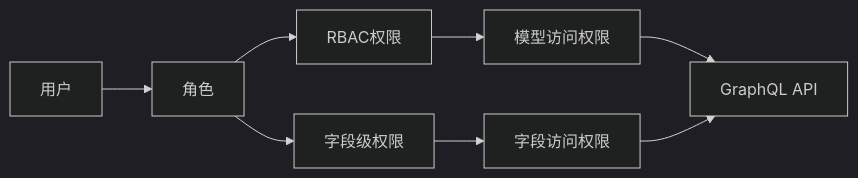
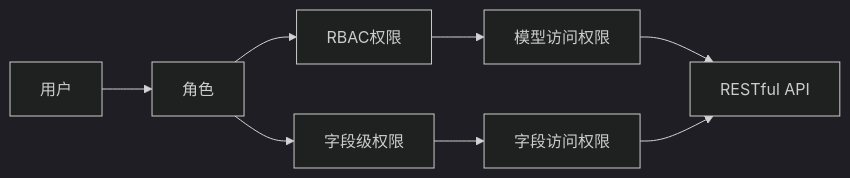
The third of 3 diagrams in docs/architecture/system-architecture.md (HeChuQIU/RuYi), drawn with Mermaid (dark theme) before and after one commit. The commit also changed other lines of this file and 6 other files, not shown here.

First line of the commit message:
更新技术栈和文档：迁移到 vue-admin-better 和 RESTful API

````diff
--- a/docs/architecture/system-architecture.md
+++ b/docs/architecture/system-architecture.md
@@ -119,10 +119,10 @@
 ```mermaid
 graph LR
     User[用户] --> Role[角色]
     Role --> RBAC[RBAC权限]
     Role --> FieldPermission[字段级权限]
     RBAC --> ModelAccess[模型访问权限]
     FieldPermission --> FieldAccess[字段访问权限]
-    ModelAccess --> GraphQL[GraphQL API]
-    FieldAccess --> GraphQL
+    ModelAccess --> RESTAPI[RESTful API]
+    FieldAccess --> RESTAPI
 ```
````
